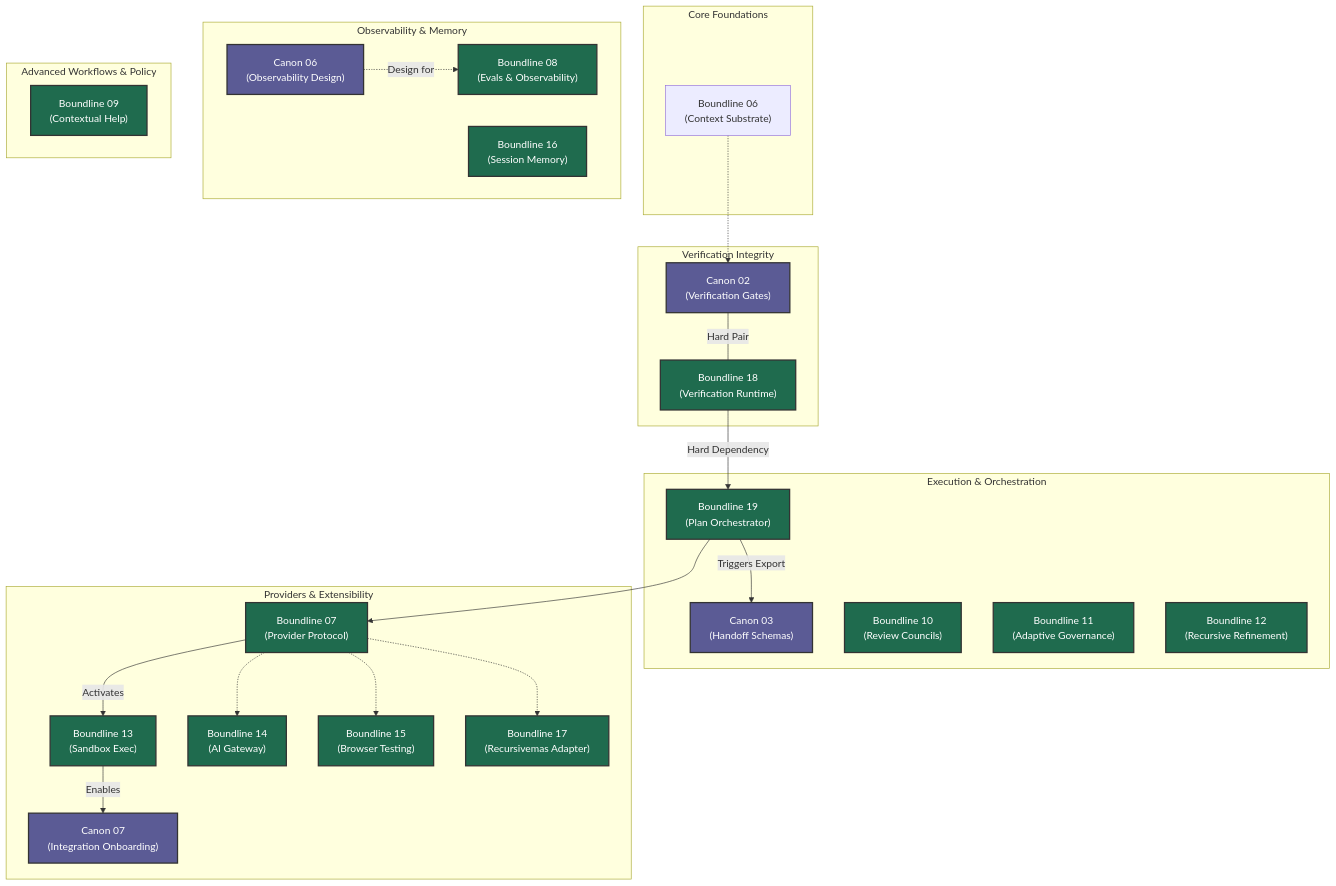
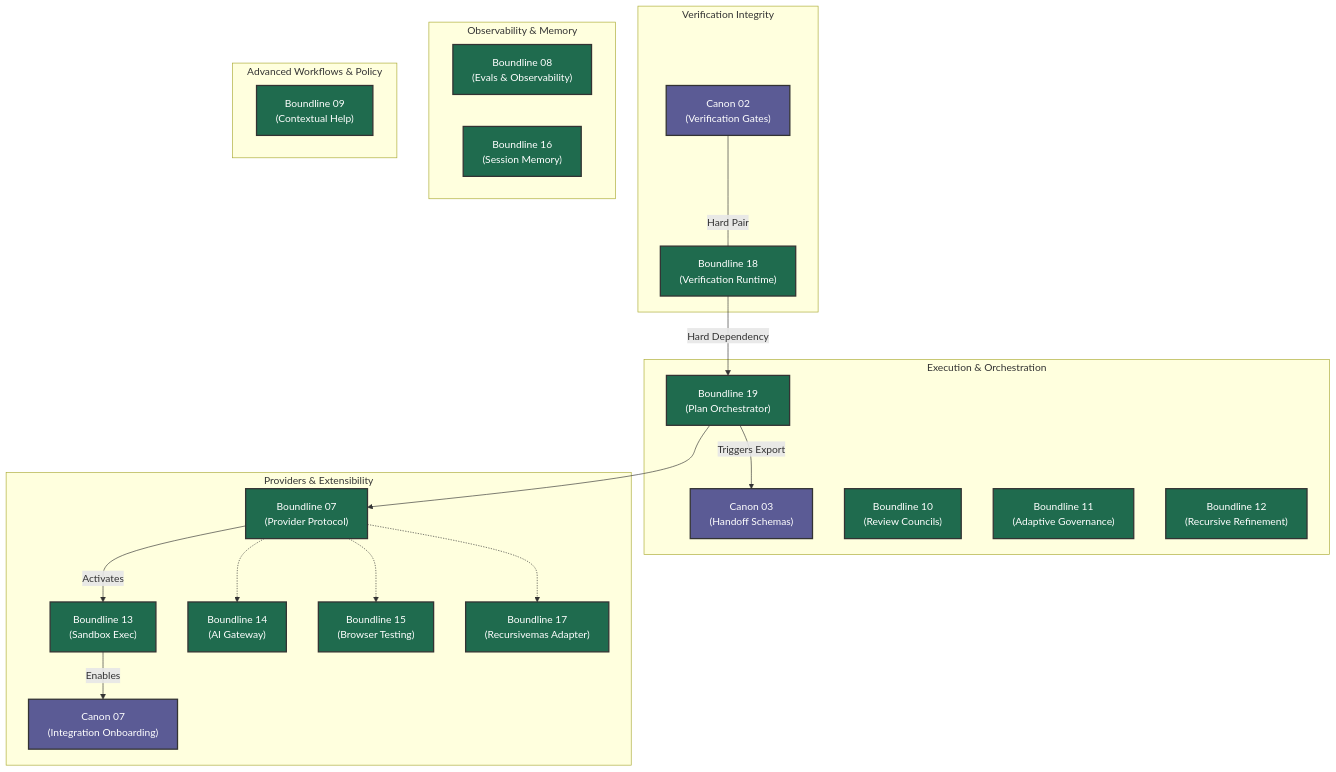
The diagram in roadmap/joint-roadmap-graph.md (apply-the/canon), drawn with Mermaid before and after one commit. The commit also changed other lines of this file and 1 other file, not shown here.

Commit message:
docs: update roadmap graph, execution steps, and installation documentation

````diff
--- a/roadmap/joint-roadmap-graph.md
+++ b/roadmap/joint-roadmap-graph.md
@@ -7,57 +7,49 @@
 ```mermaid
 flowchart TD
     %% Styling
     classDef canon fill:#5b5b95,stroke:#333,stroke-width:2px,color:#fff
     classDef boundline fill:#1f6b4e,stroke:#333,stroke-width:2px,color:#fff
-
-   subgraph Core Foundations
-        B06["Boundline 06<br/>(Context Substrate)"]:::nextUp
-    end
 
     subgraph Verification Integrity
         C02["Canon 02<br/>(Verification Gates)"]:::canon
         B18["Boundline 18<br/>(Verification Runtime)"]:::boundline
     end
 
     subgraph Execution & Orchestration
         B19["Boundline 19<br/>(Plan Orchestrator)"]:::boundline
         C03["Canon 03<br/>(Handoff Schemas)"]:::canon
         B10["Boundline 10<br/>(Review Councils)"]:::boundline
         B11["Boundline 11<br/>(Adaptive Governance)"]:::boundline
         B12["Boundline 12<br/>(Recursive Refinement)"]:::boundline
     end
 
     subgraph Providers & Extensibility
         B07["Boundline 07<br/>(Provider Protocol)"]:::boundline
         B13["Boundline 13<br/>(Sandbox Exec)"]:::boundline
         C07["Canon 07<br/>(Integration Onboarding)"]:::canon
         B14["Boundline 14<br/>(AI Gateway)"]:::boundline
         B15["Boundline 15<br/>(Browser Testing)"]:::boundline
         B17["Boundline 17<br/>(Recursivemas Adapter)"]:::boundline
     end
 
     subgraph Observability & Memory
-        C06["Canon 06<br/>(Observability Design)"]:::canon
         B08["Boundline 08<br/>(Evals & Observability)"]:::boundline
         B16["Boundline 16<br/>(Session Memory)"]:::boundline
     end
 
     subgraph Advanced Workflows & Policy
         B09["Boundline 09<br/>(Contextual Help)"]:::boundline
     end
 
     %% Key Dependencies
-    B06 -.-> C02
     C02 ---|Hard Pair| B18
     B18 -->|Hard Dependency| B19
     B19 -->|Triggers Export| C03
     B19 --> B07
     B07 -->|Activates| B13
     B13 -->|Enables| C07
     
     B07 -.-> B14
     B07 -.-> B15
     B07 -.-> B17
-    
-    C06 -.->|Design for| B08
 ```
````
